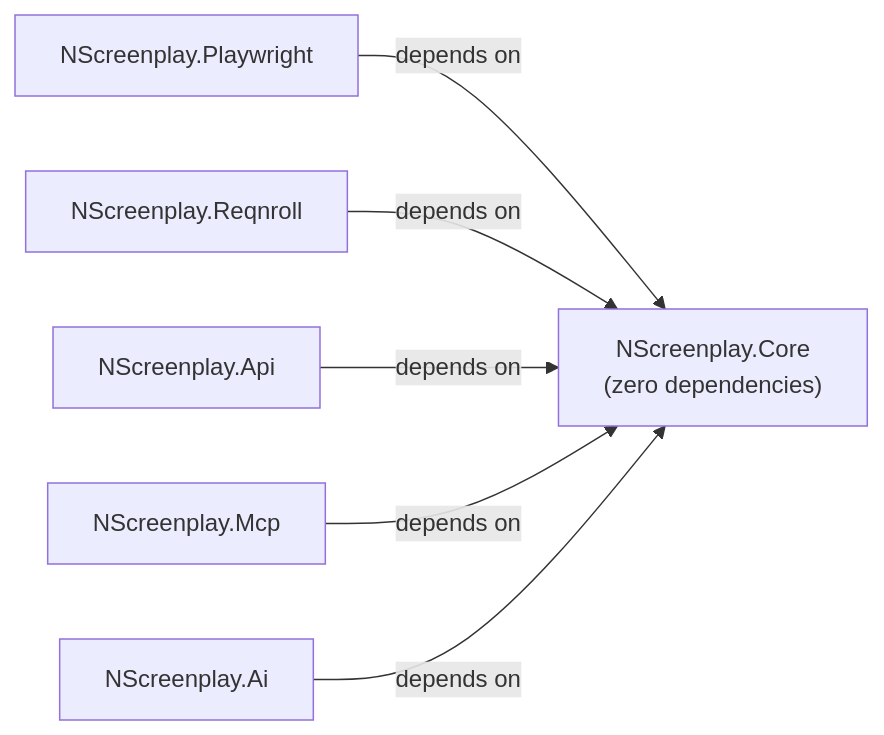
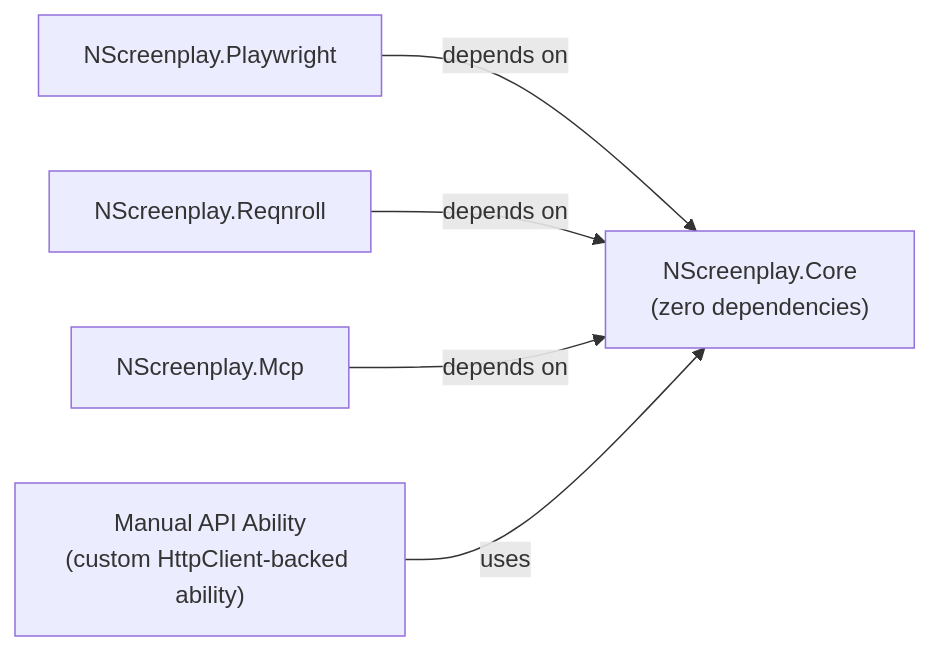
One commit to hadijahangiri/NScreenPlay changed the second of 3 diagrams in docs/architecture/core.md. Above: the diagram before and after it, drawn with Mermaid. The commit also changed other lines of this file and 64 other files, not shown here.

````diff
--- a/docs/architecture/core.md
+++ b/docs/architecture/core.md
@@ -22,9 +22,8 @@
 ```mermaid
 graph LR
     Core["NScreenplay.Core\n(zero dependencies)"]
     Playwright["NScreenplay.Playwright"] -->|depends on| Core
     Reqnroll["NScreenplay.Reqnroll"] -->|depends on| Core
-    Api["NScreenplay.Api"] -->|depends on| Core
     Mcp["NScreenplay.Mcp"] -->|depends on| Core
-    Ai["NScreenplay.Ai"] -->|depends on| Core
+    Manual["Manual API Ability\n(custom HttpClient-backed ability)"] -->|uses| Core
 ```
````
